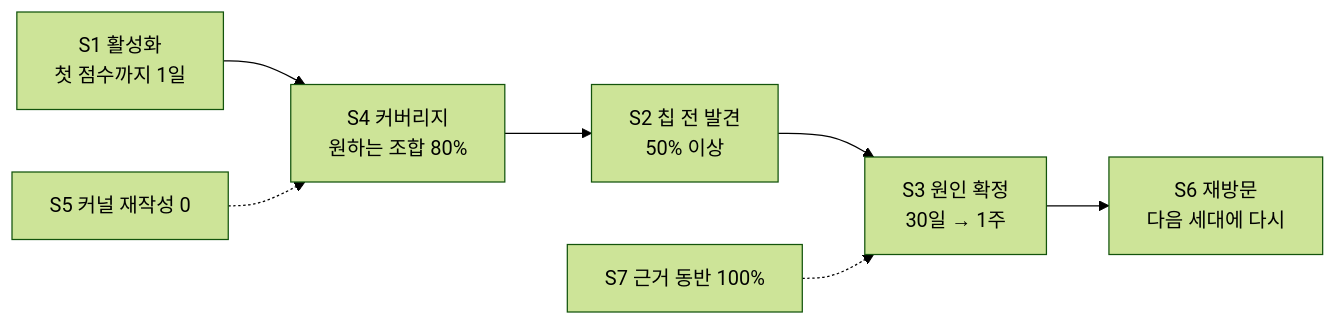
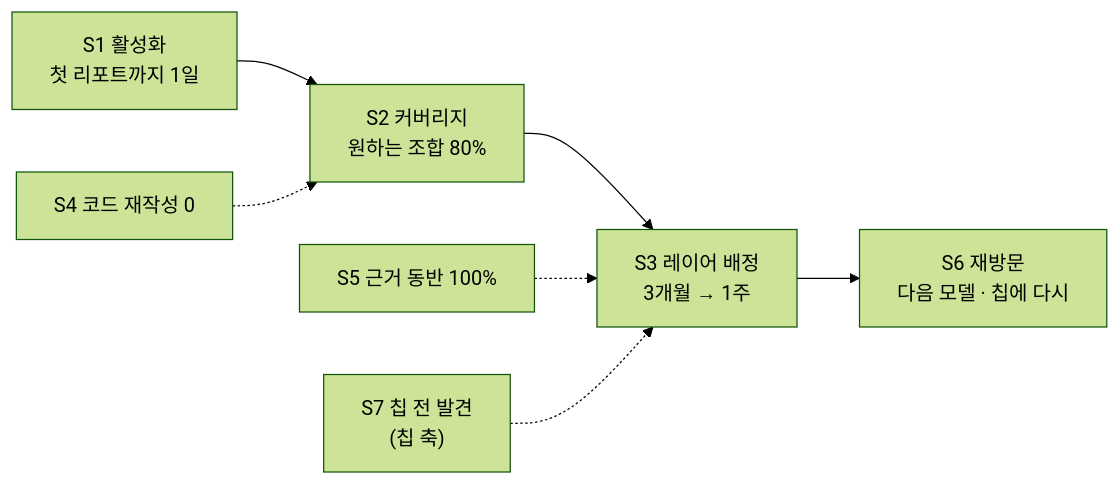
Before and after one commit to Youngmin17/TriCast: the fifth of 5 diagrams in docs/PROBLEM.md, drawn with Mermaid (forest theme). The commit also changed other lines of this file and 7 other files, not shown here.

````diff
--- a/docs/PROBLEM.md
+++ b/docs/PROBLEM.md
@@ -305,9 +311,9 @@
 ```mermaid
 flowchart LR
-    S1["S1 활성화<br/>첫 점수까지 1일"] --> S4["S4 커버리지<br/>원하는 조합 80%"]
-    S4 --> S2["S2 칩 전 발견<br/>50% 이상"]
-    S2 --> S3["S3 원인 확정<br/>30일 → 1주"]
-    S3 --> S6["S6 재방문<br/>다음 세대에 다시"]
-    S5["S5 커널 재작성 0"] -.-> S4
-    S7["S7 근거 동반 100%"] -.-> S3
+    S1["S1 활성화<br/>첫 리포트까지 1일"] --> S2["S2 커버리지<br/>원하는 조합 80%"]
+    S2 --> S3["S3 레이어 배정<br/>3개월 → 1주"]
+    S3 --> S6["S6 재방문<br/>다음 모델 · 칩에 다시"]
+    S4["S4 코드 재작성 0"] -.-> S2
+    S5["S5 근거 동반 100%"] -.-> S3
+    S7["S7 칩 전 발견<br/>(칩 축)"] -.-> S3
 ```
````
